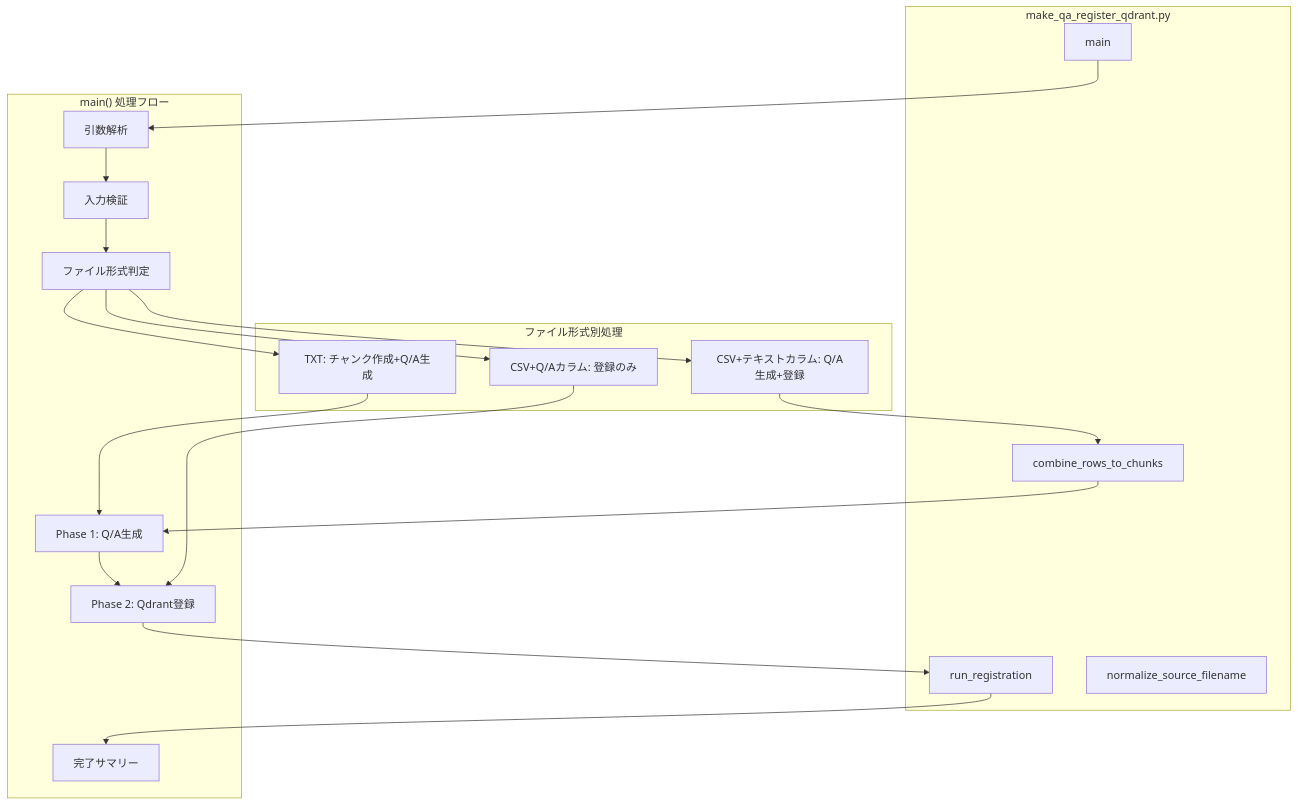
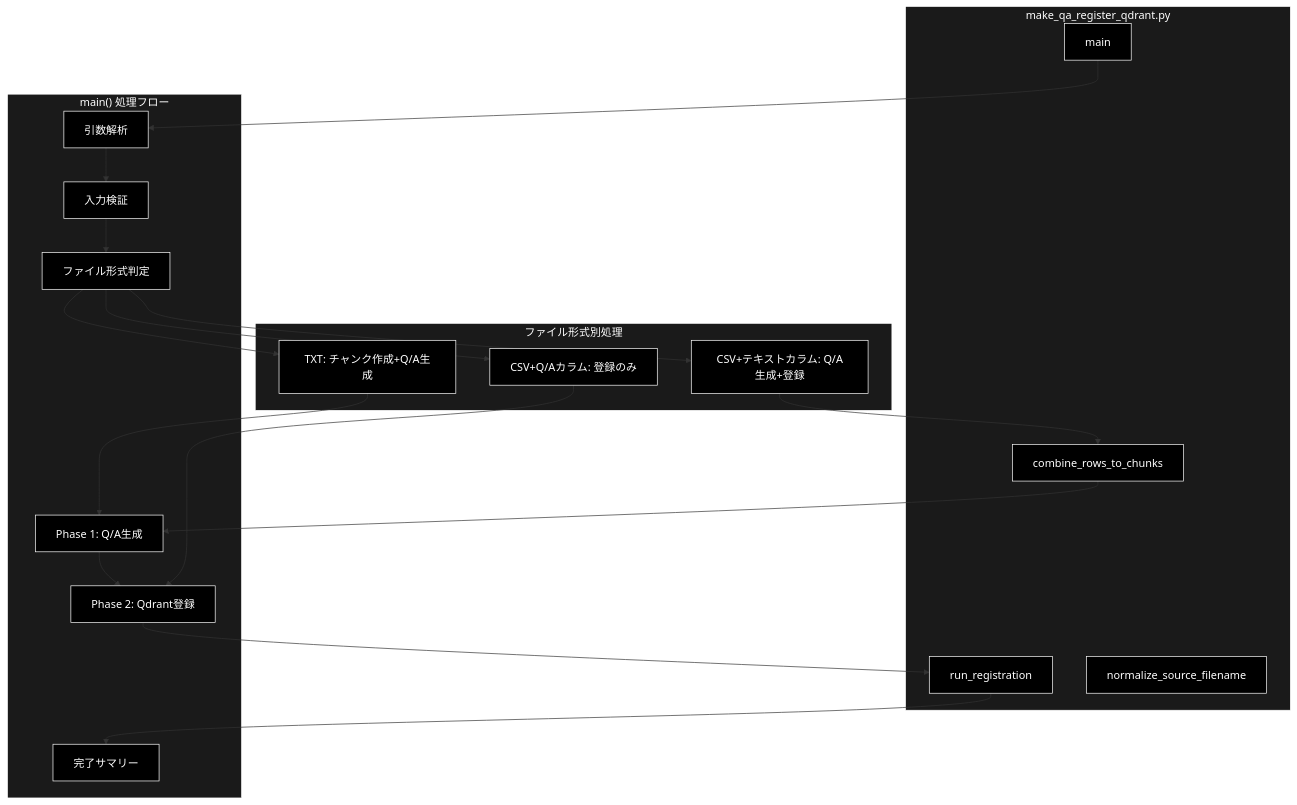
The second of 4 diagrams in qa_qdrant/doc/make_qa_register_qdrant.md (nakashima2toshio/ollama_grace_agent_v2), drawn with Mermaid before and after one commit. The commit also changed other lines of this file and 12 other files, not shown here.

````diff
--- a/qa_qdrant/doc/make_qa_register_qdrant.md
+++ b/qa_qdrant/doc/make_qa_register_qdrant.md
@@ -128,39 +138,45 @@
 ```mermaid
 flowchart TB
     subgraph MAIN_MODULE["make_qa_register_qdrant.py"]
         MAIN[main]
         RUN_REG[run_registration]
         COMBINE[combine_rows_to_chunks]
         NORMALIZE[normalize_source_filename]
     end
 
     subgraph MAIN_FLOW["main() 処理フロー"]
         ARGPARSE[引数解析]
         VALIDATE[入力検証]
         DETECT_TYPE[ファイル形式判定]
         PHASE1[Phase 1: Q/A生成]
         PHASE2[Phase 2: Qdrant登録]
         SUMMARY[完了サマリー]
     end
 
     subgraph FILE_TYPE["ファイル形式別処理"]
-        TXT_FLOW[TXT: チャンク作成+Q/A生成]
-        CSV_QA[CSV+Q/Aカラム: 登録のみ]
-        CSV_TEXT[CSV+テキストカラム: Q/A生成+登録]
+        TXT_FLOW["TXT: チャンク作成+Q/A生成"]
+        CSV_QA["CSV+Q/Aカラム: 登録のみ"]
+        CSV_TEXT["CSV+テキストカラム: Q/A生成+登録"]
     end
 
     MAIN --> ARGPARSE
     ARGPARSE --> VALIDATE
     VALIDATE --> DETECT_TYPE
     DETECT_TYPE --> TXT_FLOW
     DETECT_TYPE --> CSV_QA
     DETECT_TYPE --> CSV_TEXT
 
     TXT_FLOW --> PHASE1
     CSV_TEXT --> COMBINE
     COMBINE --> PHASE1
     PHASE1 --> PHASE2
     CSV_QA --> PHASE2
     PHASE2 --> RUN_REG
     RUN_REG --> SUMMARY
+classDef default fill:#000,stroke:#fff,color:#fff
+classDef subgraphStyle fill:#1a1a1a,stroke:#fff,color:#fff
+class MAIN,RUN_REG,COMBINE,NORMALIZE,ARGPARSE,VALIDATE,DETECT_TYPE,PHASE1,PHASE2,SUMMARY,TXT_FLOW,CSV_QA,CSV_TEXT default
+style MAIN_MODULE fill:#1a1a1a,stroke:#fff,color:#fff
+style MAIN_FLOW fill:#1a1a1a,stroke:#fff,color:#fff
+style FILE_TYPE fill:#1a1a1a,stroke:#fff,color:#fff
 ```
````
